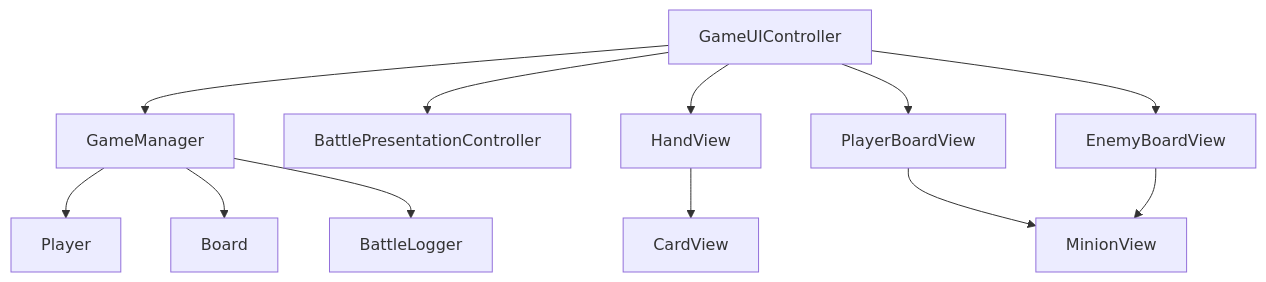
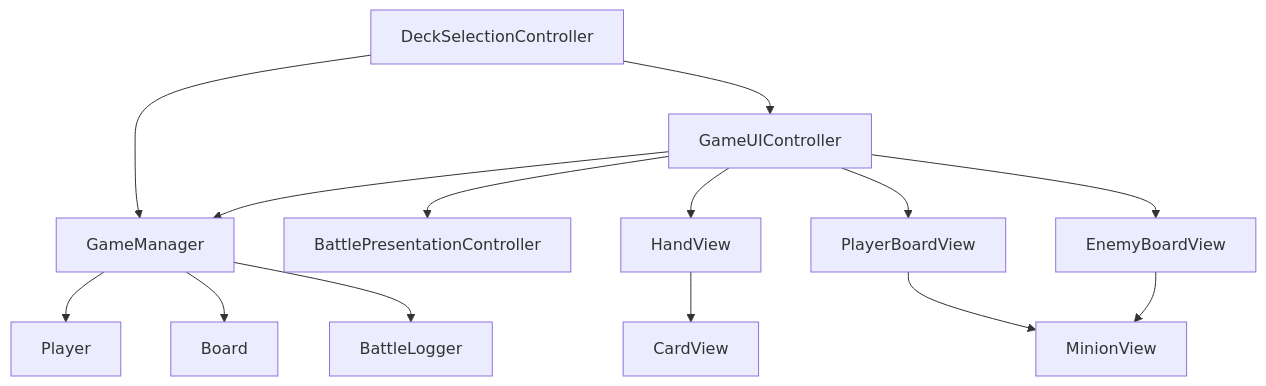
One commit to ZHStatic/HearthstoneClone changed the diagram in Docs/03_UIArchitecture.md. Above: the diagram before and after it, drawn with Mermaid. The commit also changed other lines of this file and 3 other files, not shown here.

````diff
--- a/Docs/03_UIArchitecture.md
+++ b/Docs/03_UIArchitecture.md
@@ -410,16 +486,18 @@
 ```mermaid
 flowchart TD
+    DeckSelectionController --> GameManager
+    DeckSelectionController --> GameUIController
     GameUIController --> GameManager
     GameUIController --> BattlePresentationController
     GameUIController --> HandView
     GameUIController --> BoardViewPlayer["PlayerBoardView"]
     GameUIController --> BoardViewEnemy["EnemyBoardView"]
 
     HandView --> CardView
     BoardViewPlayer --> MinionView
     BoardViewEnemy --> MinionView
 
     GameManager --> Player
     GameManager --> Board
     GameManager --> BattleLogger
 ```
````
